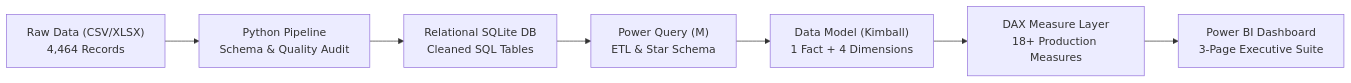
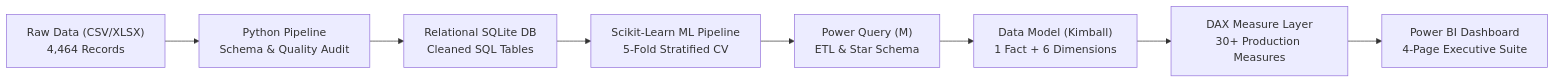
One commit to kishorprajapati1/Student-Depression-Detection changed the first of 2 diagrams in Project-01_Student_Depression_Analysis/README.md. Above: the diagram before and after it, drawn with Mermaid. The commit also changed other lines of this file and 14 other files, not shown here.

Commit message:
feat: integrate Machine Learning predictive risk engine (Random Forest, 97.6% accuracy), scoring pipeline, feature importance, and test suite

````diff
--- a/Project-01_Student_Depression_Analysis/README.md
+++ b/Project-01_Student_Depression_Analysis/README.md
@@ -27,9 +28,10 @@
 ```mermaid
 flowchart LR
     A["Raw Data (CSV/XLSX)\n4,464 Records"] --> B["Python Pipeline\nSchema & Quality Audit"]
     B --> C["Relational SQLite DB\nCleaned SQL Tables"]
-    C --> D["Power Query (M)\nETL & Star Schema"]
-    D --> E["Data Model (Kimball)\n1 Fact + 4 Dimensions"]
-    E --> F["DAX Measure Layer\n18+ Production Measures"]
-    F --> G["Power BI Dashboard\n3-Page Executive Suite"]
+    C --> ML["Scikit-Learn ML Pipeline\n5-Fold Stratified CV"]
+    ML --> D["Power Query (M)\nETL & Star Schema"]
+    D --> E["Data Model (Kimball)\n1 Fact + 6 Dimensions"]
+    E --> F["DAX Measure Layer\n30+ Production Measures"]
+    F --> G["Power BI Dashboard\n4-Page Executive Suite"]
 ```
````
